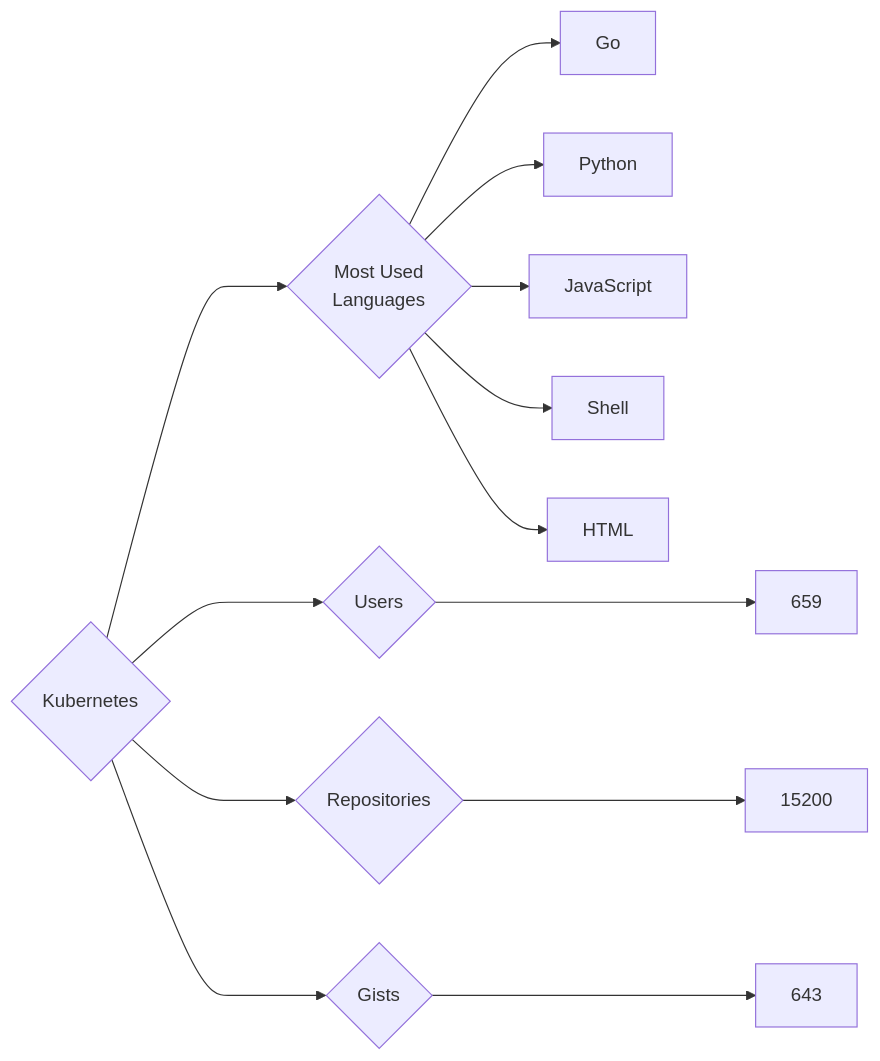
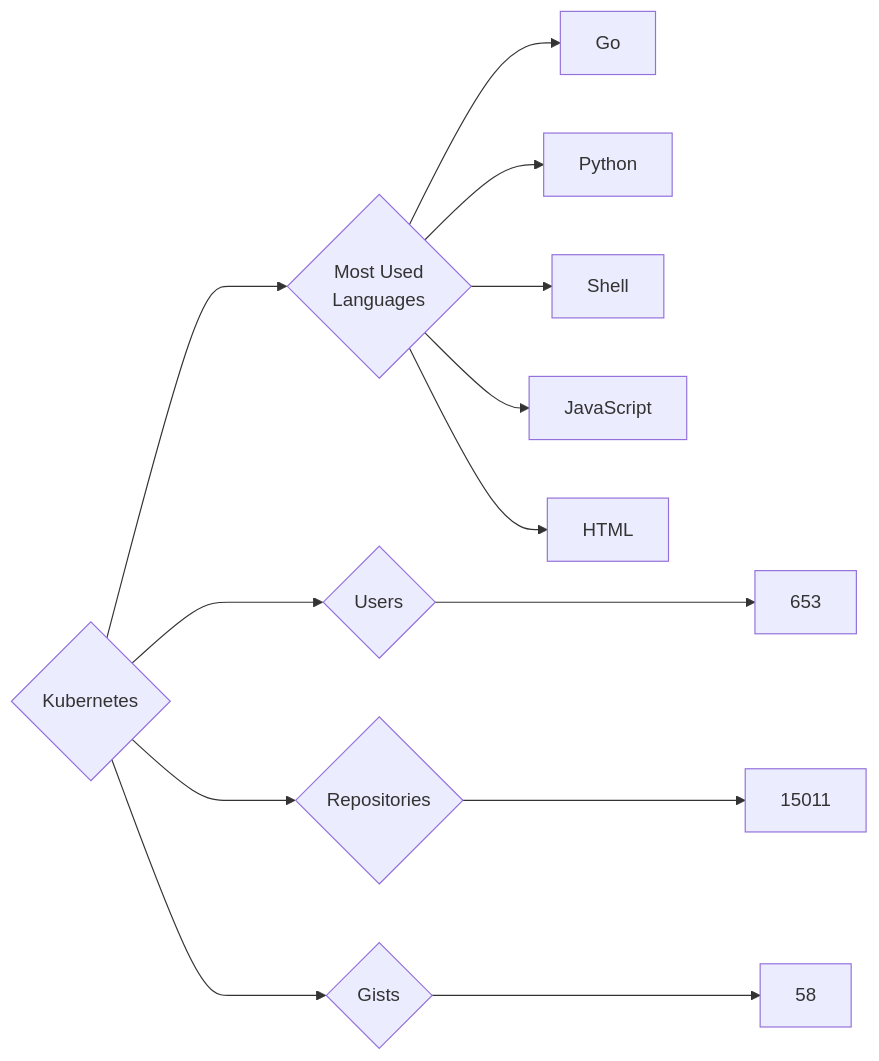
One commit to trickest/insiders changed the diagram in targets/Kubernetes/README.md. Above: the diagram before and after it, drawn with Mermaid. The commit also changed 748 other files, not shown here.

````diff
--- a/targets/Kubernetes/README.md
+++ b/targets/Kubernetes/README.md
@@ -3,13 +3,13 @@
 ```mermaid
 graph LR
 COMPANY_NAME{Kubernetes}
-COMPANY_NAME ---> U{Users} ---> UN[659]
-COMPANY_NAME ---> R{Repositories} ---> RN[15200]
-COMPANY_NAME ---> G{Gists} ---> GN[643]
+COMPANY_NAME ---> U{Users} ---> UN[653]
+COMPANY_NAME ---> R{Repositories} ---> RN[15011]
+COMPANY_NAME ---> G{Gists} ---> GN[58]
 COMPANY_NAME ---> ML{Most Used<br>Languages}
 ML --> Go[Go]
 ML --> Python[Python]
+ML --> Shell[Shell]
 ML --> JavaScript[JavaScript]
-ML --> Shell[Shell]
 ML --> HTML[HTML]
 ```
````
